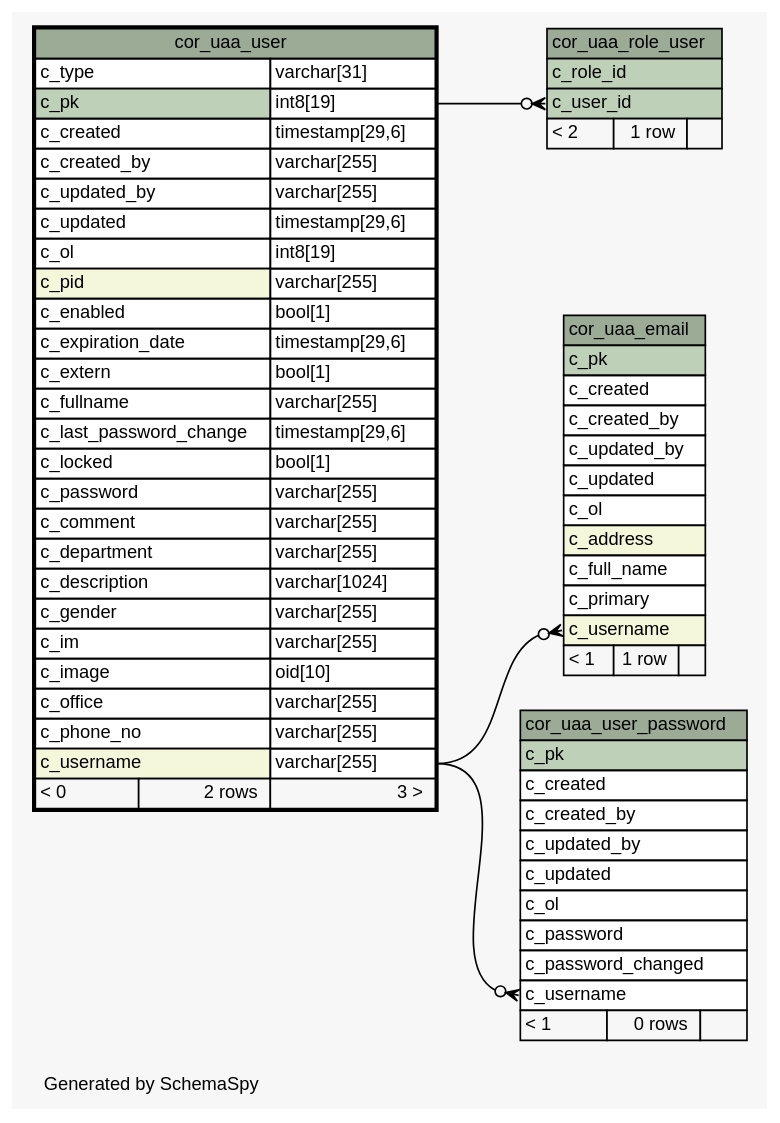
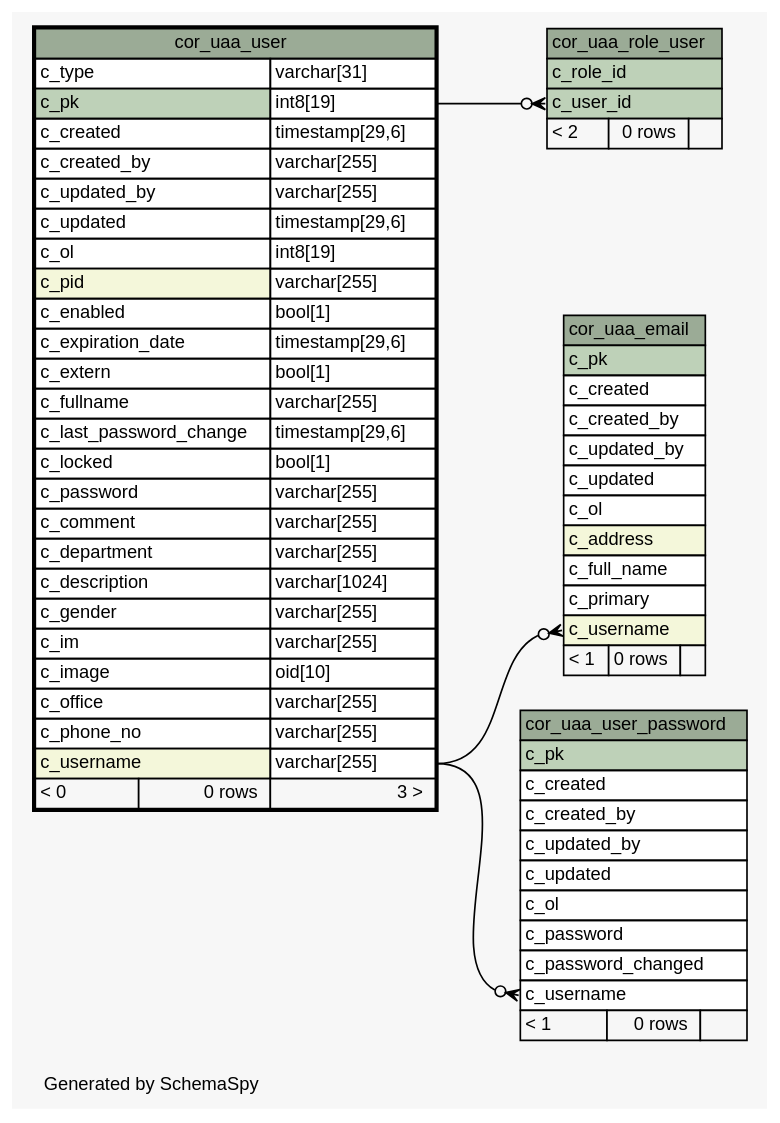
Before and after one commit to openwms/org.openwms.core.uaa: the diagram in 2.0.0-SNAPSHOT/schemaspy/diagrams/cor_uaa_user.1degree.dot, drawn with Graphviz. The commit also changed 352 other files, not shown here.

```diff
--- a/2.0.0-SNAPSHOT/schemaspy/diagrams/cor_uaa_user.1degree.dot
+++ b/2.0.0-SNAPSHOT/schemaspy/diagrams/cor_uaa_user.1degree.dot
@@ -1,106 +1,106 @@
-// dot 2.43.0 on Linux 5.13.0-1029-azure
+// dot 2.43.0 on Linux 5.15.0-1020-azure
 // SchemaSpy rev Unknown
 digraph "oneDegreeRelationshipsDiagram" {
   graph [
     rankdir="RL"
     bgcolor="#f7f7f7"
     label="\nGenerated by SchemaSpy"
     labeljust="l"
     nodesep="0.18"
     ranksep="0.46"
     fontname="Helvetica"
     fontsize="11"
   ];
   node [
     fontname="Helvetica"
     fontsize="11"
     shape="plaintext"
   ];
   edge [
     arrowsize="0.8"
   ];
   "cor_uaa_email":"c_username":w -> "cor_uaa_user":"c_username.type":e [arrowhead=none dir=back arrowtail=crowodot];
   "cor_uaa_role_user":"c_user_id":w -> "cor_uaa_user":"c_pk.type":e [arrowhead=none dir=back arrowtail=crowodot];
   "cor_uaa_user_password":"c_username":w -> "cor_uaa_user":"c_username.type":e [arrowhead=none dir=back arrowtail=crowodot];
   "cor_uaa_email" [
     label=<
     <TABLE BORDER="0" CELLBORDER="1" CELLSPACING="0" BGCOLOR="#ffffff">
       <TR><TD COLSPAN="3" BGCOLOR="#9bab96" ALIGN="CENTER">cor_uaa_email</TD></TR>
       <TR><TD PORT="c_pk" COLSPAN="3" BGCOLOR="#bed1b8" ALIGN="LEFT">c_pk</TD></TR>
       <TR><TD PORT="c_created" COLSPAN="3" ALIGN="LEFT">c_created</TD></TR>
       <TR><TD PORT="c_created_by" COLSPAN="3" ALIGN="LEFT">c_created_by</TD></TR>
       <TR><TD PORT="c_updated_by" COLSPAN="3" ALIGN="LEFT">c_updated_by</TD></TR>
       <TR><TD PORT="c_updated" COLSPAN="3" ALIGN="LEFT">c_updated</TD></TR>
       <TR><TD PORT="c_ol" COLSPAN="3" ALIGN="LEFT">c_ol</TD></TR>
       <TR><TD PORT="c_address" COLSPAN="3" BGCOLOR="#f4f7da" ALIGN="LEFT">c_address</TD></TR>
       <TR><TD PORT="c_full_name" COLSPAN="3" ALIGN="LEFT">c_full_name</TD></TR>
       <TR><TD PORT="c_primary" COLSPAN="3" ALIGN="LEFT">c_primary</TD></TR>
       <TR><TD PORT="c_username" COLSPAN="3" BGCOLOR="#f4f7da" ALIGN="LEFT">c_username</TD></TR>
-      <TR><TD ALIGN="LEFT" BGCOLOR="#f7f7f7">&lt; 1</TD><TD ALIGN="RIGHT" BGCOLOR="#f7f7f7">1 row</TD><TD ALIGN="RIGHT" BGCOLOR="#f7f7f7">  </TD></TR>
+      <TR><TD ALIGN="LEFT" BGCOLOR="#f7f7f7">&lt; 1</TD><TD ALIGN="RIGHT" BGCOLOR="#f7f7f7">0 rows</TD><TD ALIGN="RIGHT" BGCOLOR="#f7f7f7">  </TD></TR>
     </TABLE>>
     URL="cor_uaa_email.html"
     tooltip="cor_uaa_email"
   ];
   "cor_uaa_role_user" [
     label=<
     <TABLE BORDER="0" CELLBORDER="1" CELLSPACING="0" BGCOLOR="#ffffff">
       <TR><TD COLSPAN="3" BGCOLOR="#9bab96" ALIGN="CENTER">cor_uaa_role_user</TD></TR>
       <TR><TD PORT="c_role_id" COLSPAN="3" BGCOLOR="#bed1b8" ALIGN="LEFT">c_role_id</TD></TR>
       <TR><TD PORT="c_user_id" COLSPAN="3" BGCOLOR="#bed1b8" ALIGN="LEFT">c_user_id</TD></TR>
-      <TR><TD ALIGN="LEFT" BGCOLOR="#f7f7f7">&lt; 2</TD><TD ALIGN="RIGHT" BGCOLOR="#f7f7f7">1 row</TD><TD ALIGN="RIGHT" BGCOLOR="#f7f7f7">  </TD></TR>
+      <TR><TD ALIGN="LEFT" BGCOLOR="#f7f7f7">&lt; 2</TD><TD ALIGN="RIGHT" BGCOLOR="#f7f7f7">0 rows</TD><TD ALIGN="RIGHT" BGCOLOR="#f7f7f7">  </TD></TR>
     </TABLE>>
     URL="cor_uaa_role_user.html"
     tooltip="cor_uaa_role_user"
   ];
   "cor_uaa_user" [
     label=<
     <TABLE BORDER="2" CELLBORDER="1" CELLSPACING="0" BGCOLOR="#ffffff">
       <TR><TD COLSPAN="3" BGCOLOR="#9bab96" ALIGN="CENTER">cor_uaa_user</TD></TR>
       <TR><TD PORT="c_type" COLSPAN="2" ALIGN="LEFT">c_type</TD><TD PORT="c_type.type" ALIGN="LEFT">varchar[31]</TD></TR>
       <TR><TD PORT="c_pk" COLSPAN="2" BGCOLOR="#bed1b8" ALIGN="LEFT">c_pk</TD><TD PORT="c_pk.type" ALIGN="LEFT">int8[19]</TD></TR>
       <TR><TD PORT="c_created" COLSPAN="2" ALIGN="LEFT">c_created</TD><TD PORT="c_created.type" ALIGN="LEFT">timestamp[29,6]</TD></TR>
       <TR><TD PORT="c_created_by" COLSPAN="2" ALIGN="LEFT">c_created_by</TD><TD PORT="c_created_by.type" ALIGN="LEFT">varchar[255]</TD></TR>
       <TR><TD PORT="c_updated_by" COLSPAN="2" ALIGN="LEFT">c_updated_by</TD><TD PORT="c_updated_by.type" ALIGN="LEFT">varchar[255]</TD></TR>
       <TR><TD PORT="c_updated" COLSPAN="2" ALIGN="LEFT">c_updated</TD><TD PORT="c_updated.type" ALIGN="LEFT">timestamp[29,6]</TD></TR>
       <TR><TD PORT="c_ol" COLSPAN="2" ALIGN="LEFT">c_ol</TD><TD PORT="c_ol.type" ALIGN="LEFT">int8[19]</TD></TR>
       <TR><TD PORT="c_pid" COLSPAN="2" BGCOLOR="#f4f7da" ALIGN="LEFT">c_pid</TD><TD PORT="c_pid.type" ALIGN="LEFT">varchar[255]</TD></TR>
       <TR><TD PORT="c_enabled" COLSPAN="2" ALIGN="LEFT">c_enabled</TD><TD PORT="c_enabled.type" ALIGN="LEFT">bool[1]</TD></TR>
       <TR><TD PORT="c_expiration_date" COLSPAN="2" ALIGN="LEFT">c_expiration_date</TD><TD PORT="c_expiration_date.type" ALIGN="LEFT">timestamp[29,6]</TD></TR>
       <TR><TD PORT="c_extern" COLSPAN="2" ALIGN="LEFT">c_extern</TD><TD PORT="c_extern.type" ALIGN="LEFT">bool[1]</TD></TR>
       <TR><TD PORT="c_fullname" COLSPAN="2" ALIGN="LEFT">c_fullname</TD><TD PORT="c_fullname.type" ALIGN="LEFT">varchar[255]</TD></TR>
       <TR><TD PORT="c_last_password_change" COLSPAN="2" ALIGN="LEFT">c_last_password_change</TD><TD PORT="c_last_password_change.type" ALIGN="LEFT">timestamp[29,6]</TD></TR>
       <TR><TD PORT="c_locked" COLSPAN="2" ALIGN="LEFT">c_locked</TD><TD PORT="c_locked.type" ALIGN="LEFT">bool[1]</TD></TR>
       <TR><TD PORT="c_password" COLSPAN="2" ALIGN="LEFT">c_password</TD><TD PORT="c_password.type" ALIGN="LEFT">varchar[255]</TD></TR>
       <TR><TD PORT="c_comment" COLSPAN="2" ALIGN="LEFT">c_comment</TD><TD PORT="c_comment.type" ALIGN="LEFT">varchar[255]</TD></TR>
       <TR><TD PORT="c_department" COLSPAN="2" ALIGN="LEFT">c_department</TD><TD PORT="c_department.type" ALIGN="LEFT">varchar[255]</TD></TR>
       <TR><TD PORT="c_description" COLSPAN="2" ALIGN="LEFT">c_description</TD><TD PORT="c_description.type" ALIGN="LEFT">varchar[1024]</TD></TR>
       <TR><TD PORT="c_gender" COLSPAN="2" ALIGN="LEFT">c_gender</TD><TD PORT="c_gender.type" ALIGN="LEFT">varchar[255]</TD></TR>
       <TR><TD PORT="c_im" COLSPAN="2" ALIGN="LEFT">c_im</TD><TD PORT="c_im.type" ALIGN="LEFT">varchar[255]</TD></TR>
       <TR><TD PORT="c_image" COLSPAN="2" ALIGN="LEFT">c_image</TD><TD PORT="c_image.type" ALIGN="LEFT">oid[10]</TD></TR>
       <TR><TD PORT="c_office" COLSPAN="2" ALIGN="LEFT">c_office</TD><TD PORT="c_office.type" ALIGN="LEFT">varchar[255]</TD></TR>
       <TR><TD PORT="c_phone_no" COLSPAN="2" ALIGN="LEFT">c_phone_no</TD><TD PORT="c_phone_no.type" ALIGN="LEFT">varchar[255]</TD></TR>
       <TR><TD PORT="c_username" COLSPAN="2" BGCOLOR="#f4f7da" ALIGN="LEFT">c_username</TD><TD PORT="c_username.type" ALIGN="LEFT">varchar[255]</TD></TR>
-      <TR><TD ALIGN="LEFT" BGCOLOR="#f7f7f7">&lt; 0</TD><TD ALIGN="RIGHT" BGCOLOR="#f7f7f7">2 rows</TD><TD ALIGN="RIGHT" BGCOLOR="#f7f7f7">3 &gt;</TD></TR>
+      <TR><TD ALIGN="LEFT" BGCOLOR="#f7f7f7">&lt; 0</TD><TD ALIGN="RIGHT" BGCOLOR="#f7f7f7">0 rows</TD><TD ALIGN="RIGHT" BGCOLOR="#f7f7f7">3 &gt;</TD></TR>
     </TABLE>>
     URL="cor_uaa_user.html"
     tooltip="cor_uaa_user"
   ];
   "cor_uaa_user_password" [
     label=<
     <TABLE BORDER="0" CELLBORDER="1" CELLSPACING="0" BGCOLOR="#ffffff">
       <TR><TD COLSPAN="3" BGCOLOR="#9bab96" ALIGN="CENTER">cor_uaa_user_password</TD></TR>
       <TR><TD PORT="c_pk" COLSPAN="3" BGCOLOR="#bed1b8" ALIGN="LEFT">c_pk</TD></TR>
       <TR><TD PORT="c_created" COLSPAN="3" ALIGN="LEFT">c_created</TD></TR>
       <TR><TD PORT="c_created_by" COLSPAN="3" ALIGN="LEFT">c_created_by</TD></TR>
       <TR><TD PORT="c_updated_by" COLSPAN="3" ALIGN="LEFT">c_updated_by</TD></TR>
       <TR><TD PORT="c_updated" COLSPAN="3" ALIGN="LEFT">c_updated</TD></TR>
       <TR><TD PORT="c_ol" COLSPAN="3" ALIGN="LEFT">c_ol</TD></TR>
       <TR><TD PORT="c_password" COLSPAN="3" ALIGN="LEFT">c_password</TD></TR>
       <TR><TD PORT="c_password_changed" COLSPAN="3" ALIGN="LEFT">c_password_changed</TD></TR>
       <TR><TD PORT="c_username" COLSPAN="3" ALIGN="LEFT">c_username</TD></TR>
       <TR><TD ALIGN="LEFT" BGCOLOR="#f7f7f7">&lt; 1</TD><TD ALIGN="RIGHT" BGCOLOR="#f7f7f7">0 rows</TD><TD ALIGN="RIGHT" BGCOLOR="#f7f7f7">  </TD></TR>
     </TABLE>>
     URL="cor_uaa_user_password.html"
     tooltip="cor_uaa_user_password"
   ];
 }
```
